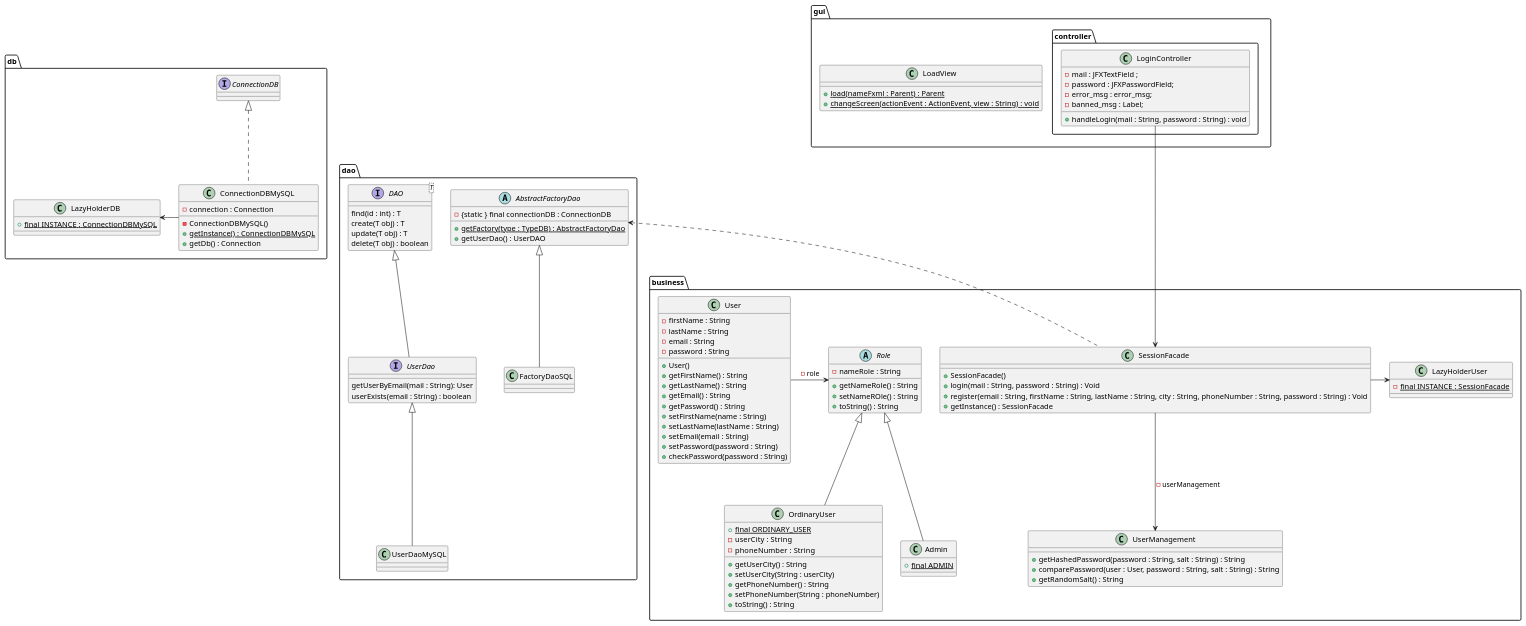
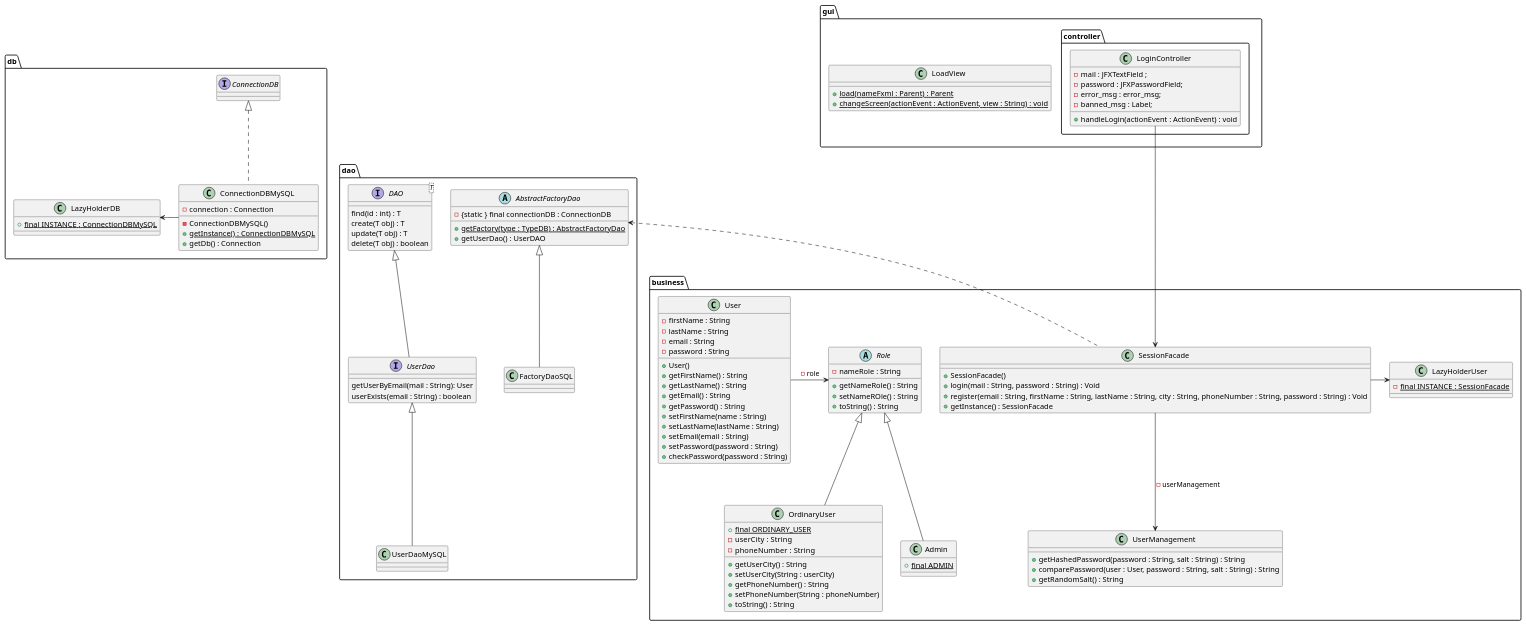
Before and after one commit to LaunoisRemy/ToolShare: the diagram in documents/diagram/login/loginClass.puml, drawn with PlantUML. The commit also changed 1 other file, not shown here.

Commit message:
Update Controller on class diagram and sequence

```diff
--- a/documents/diagram/login/loginClass.puml
+++ b/documents/diagram/login/loginClass.puml
@@ -1,135 +1,135 @@
 @startuml
 
 package dao {
 
 
     interface UserDao{
         getUserByEmail(mail : String): User
         userExists(email : String) : boolean
     }
     class UserDaoMySQL
     AbstractFactoryDao <|-- FactoryDaoSQL
     UserDao <|-- UserDaoMySQL
 
     interface DAO<T>{
         find(id : int) : T
         create(T obj) : T
         update(T obj) : T
         delete(T obj) : boolean
     }
 
     abstract AbstractFactoryDao{
         - {static } final connectionDB : ConnectionDB
         + {static} getFactory(type : TypeDB) : AbstractFactoryDao
         + getUserDao() : UserDAO
     }
 
     class FactoryDaoSQL{
     }
 
 
     DAO <|-- UserDao
 }
 package db{
     class ConnectionDBMySQL{
         - connection : Connection
         - ConnectionDBMySQL()
         + {static} getInstance() : ConnectionDBMySQL
         + getDb() : Connection
     }
 
     class LazyHolderDB{
         + {static} final INSTANCE : ConnectionDBMySQL
     }
     interface ConnectionDB
     ConnectionDBMySQL -Left-> LazyHolderDB
     ConnectionDBMySQL .up.|> ConnectionDB
 
 }
 package business{
     class SessionFacade{
         + SessionFacade()
         + login(mail : String, password : String) : Void
         + register(email : String, firstName : String, lastName : String, city : String, phoneNumber : String, password : String) : Void
         + getInstance() : SessionFacade
     }
 
     class LazyHolderUser{
         -{static} final INSTANCE : SessionFacade
     }
 
     SessionFacade -> LazyHolderUser
     class User{
         -firstName : String
         -lastName : String
         -email : String
         -password : String
         + User()
         +getFirstName() : String
         +getLastName() : String
         +getEmail() : String
         +getPassword() : String
         +setFirstName(name : String)
         +setLastName(lastName : String)
         +setEmail(email : String)
         +setPassword(password : String)
         +checkPassword(password : String)
     }
 
     abstract Role{
         - nameRole : String
         + getNameRole() : String
         + setNameROle() : String
         + toString() : String
     }
     class OrdinaryUser{
         + {static} final ORDINARY_USER
         - userCity :  String
         - phoneNumber :  String
         + getUserCity() : String
         + setUserCity(String : userCity)
         + getPhoneNumber() : String
         + setPhoneNumber(String : phoneNumber)
         + toString() : String
 
     }
     class Admin{
         + {static} final ADMIN
 
     }
     User -> Role : -role
     OrdinaryUser -Up-|> Role
     Admin -Up-|> Role
     class UserManagement{
         + getHashedPassword(password : String, salt : String) : String
         + comparePassword(user : User, password : String, salt : String) : String
         + getRandomSalt() : String
     }
 
     SessionFacade --> UserManagement : -userManagement
 }
 
 package gui{
 
     class LoadView{
         + {static} load(nameFxml : Parent) : Parent
         + {static} changeScreen(actionEvent : ActionEvent, view : String) : void
     }
 
     package controller{
         class LoginController{
             - mail : JFXTextField ;
             - password : JFXPasswordField;
             - error_msg : error_msg;
             - banned_msg : Label;
-            + handleLogin(mail : String, password : String) : void
+            + handleLogin(actionEvent : ActionEvent) : void
         }
 
     }
 }
 SessionFacade <--Up- LoginController
 SessionFacade .Up.> AbstractFactoryDao
 
 
 
 @enduml
```
